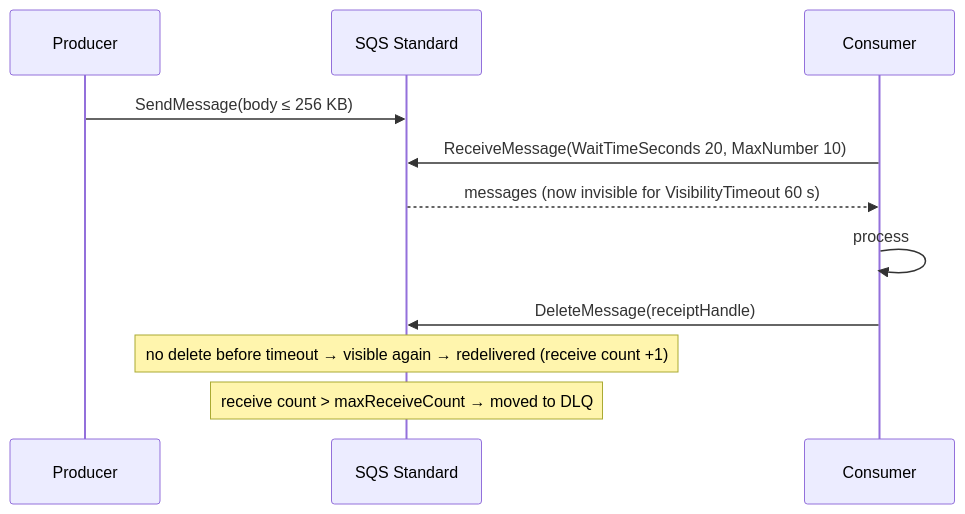
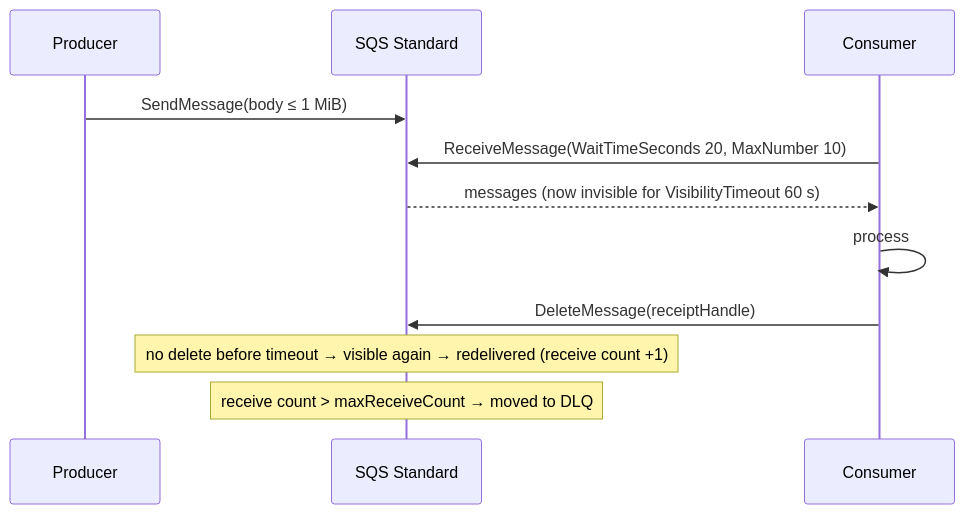
The third of 9 diagrams in content/deep/p7-3-other.md (Vivekindev/abyudayX), drawn with Mermaid before and after one commit. The commit also changed other lines of this file and 5 other files, not shown here.

````diff
--- a/content/deep/p7-3-other.md
+++ b/content/deep/p7-3-other.md
@@ -121,13 +181,13 @@
 ```mermaid
 sequenceDiagram
   participant P as Producer
   participant Q as SQS Standard
   participant C as Consumer
-  P->>Q: SendMessage(body ≤ 256 KB)
+  P->>Q: SendMessage(body ≤ 1 MiB)
   C->>Q: ReceiveMessage(WaitTimeSeconds 20, MaxNumber 10)
   Q-->>C: messages (now invisible for VisibilityTimeout 60 s)
   C->>C: process
   C->>Q: DeleteMessage(receiptHandle)
   Note over Q: no delete before timeout → visible again → redelivered (receive count +1)
   Note over Q: receive count > maxReceiveCount → moved to DLQ
 ```
````
